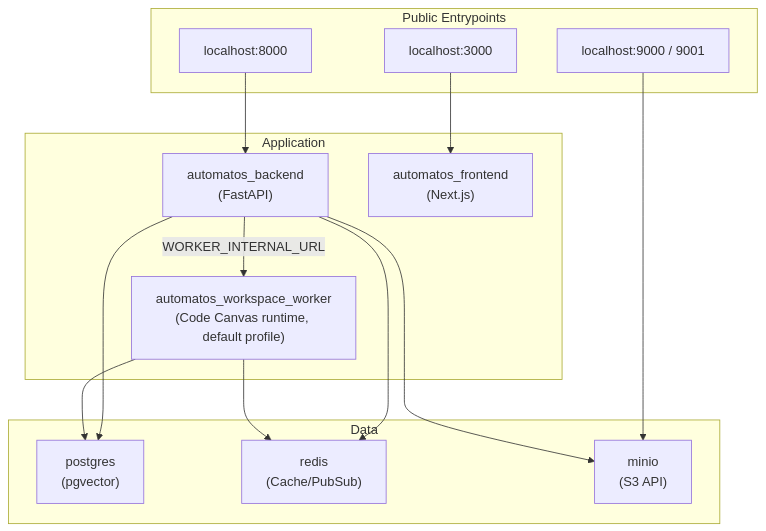
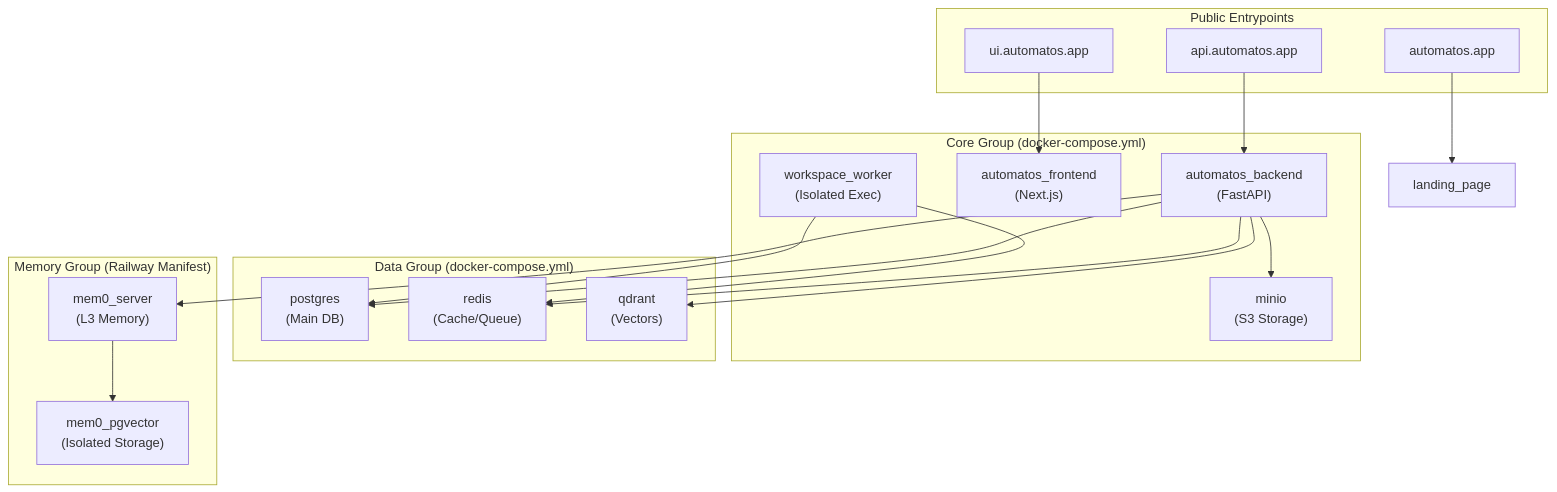
The first of 2 diagrams in docs/deployment-infrastructure/docker-compose-setup.md (AutomatosAI/automatos-ai), drawn with Mermaid before and after one commit. The commit also changed other lines of this file and 191 other files, not shown here.

````diff
--- a/docs/deployment-infrastructure/docker-compose-setup.md
+++ b/docs/deployment-infrastructure/docker-compose-setup.md
@@ -55,31 +65,39 @@
 ```mermaid
 graph TB
     subgraph "Public Entrypoints"
-        LB_API["localhost:8000"]
-        LB_UI["localhost:3000"]
-        LB_MINIO["localhost:9000 / 9001"]
+        LB_API["api.automatos.app"]
+        LB_UI["ui.automatos.app"]
+        LB_LAND["automatos.app"]
     end
 
-    subgraph "Application"
+    subgraph "Core Group (docker-compose.yml)"
         API["automatos_backend<br/>(FastAPI)"]
         UI["automatos_frontend<br/>(Next.js)"]
-        WS_WORKER["automatos_workspace_worker<br/>(Code Canvas runtime, default profile)"]
+        WORKER["workspace_worker<br/>(Isolated Exec)"]
+        MINIO["minio<br/>(S3 Storage)"]
     end
 
-    subgraph "Data"
-        PG["postgres<br/>(pgvector)"]
-        RD["redis<br/>(Cache/PubSub)"]
-        MN["minio<br/>(S3 API)"]
+    subgraph "Data Group (docker-compose.yml)"
+        PG["postgres<br/>(Main DB)"]
+        RD["redis<br/>(Cache/Queue)"]
+        QD["qdrant<br/>(Vectors)"]
+    end
+
+    subgraph "Memory Group (Railway Manifest)"
+        M0["mem0_server<br/>(L3 Memory)"]
+        M0PG["mem0_pgvector<br/>(Isolated Storage)"]
     end
 
     LB_API --> API
     LB_UI --> UI
-    LB_MINIO --> MN
+    LB_LAND --> LAND["landing_page"]
     
     API --> PG
     API --> RD
-    API --> MN
-    API -- "WORKER_INTERNAL_URL" --> WS_WORKER
-    WS_WORKER --> RD
-    WS_WORKER --> PG
+    API --> QD
+    API --> M0
+    API --> MINIO
+    M0 --> M0PG
+    WORKER --> RD
+    WORKER --> PG
 ```
````
